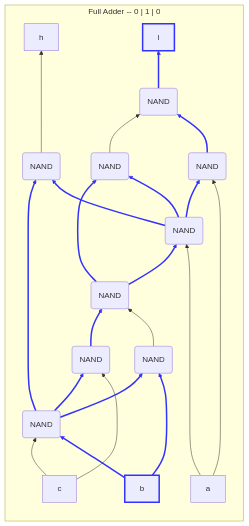
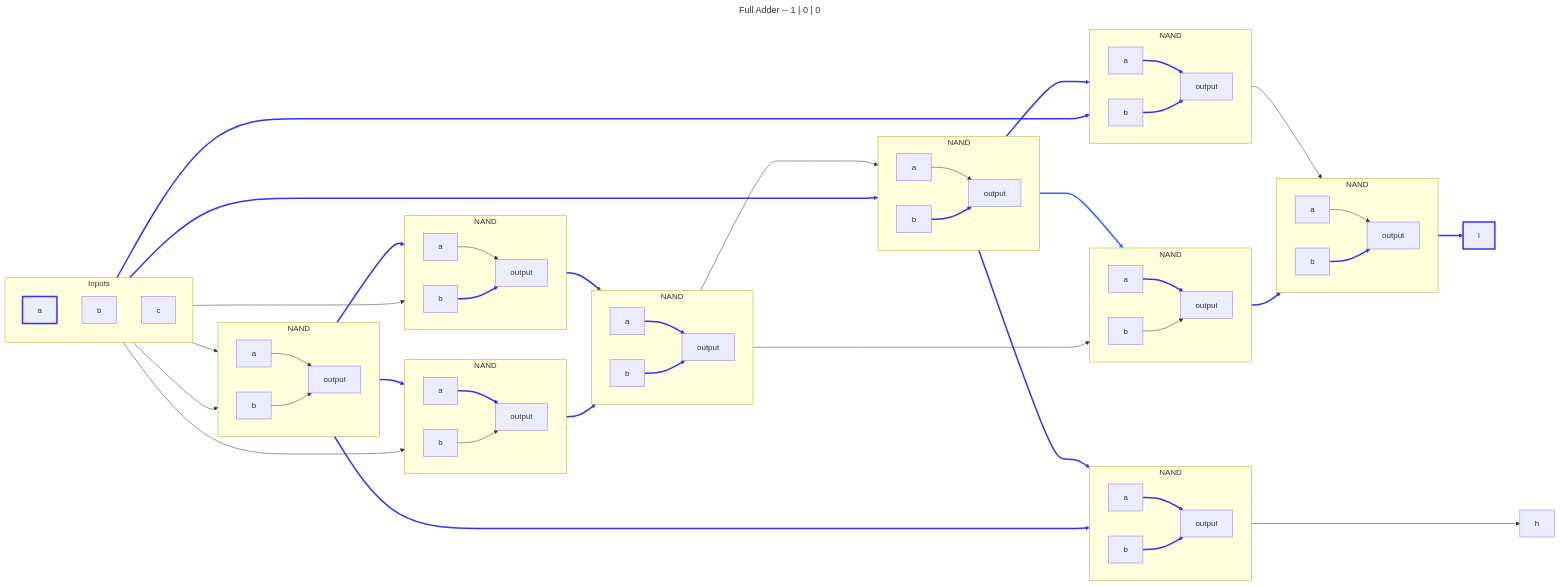
The second of 9 diagrams in arithmetic/full-adder.md (DaveyJH/nandgame), drawn with Mermaid before and after one commit. The commit also changed other lines of this file, not shown here.

Commit message:
feat: Update Full Adder to new style

````diff
--- a/arithmetic/full-adder.md
+++ b/arithmetic/full-adder.md
@@ -54,33 +117,95 @@
 ```mermaid
-flowchart BT
-subgraph "Full Adder -- 0 | 1 | 0"
-direction BT
+---
+title: Full Adder -- 1 | 0 | 0
+---
+flowchart LR;
 
-a[a]----->n1(NAND) & n2(NAND);
-b[b]:::ON-->n3(NAND) & n4(NAND);
-c[c]-->n4 & n5(NAND);
-n1-->n2 & n6(NAND) & n8(NAND);
-n2-->n9(NAND);
-n3-->n7(NAND);
-n4-->n3 & n6 & n5;
-n5-->n7;
-n6--->h[h];
-n7-->n8 & n1;
-n8-->n9;
-n9-->l[l]:::ON;
+subgraph n1 [NAND];
+  direction LR;
+  n1ina[a] & n1inb[b] --> n1o[output];
+end;
+
+subgraph n2 [NAND];
+  direction LR;
+  n2ina[a] & n2inb[b] --> n2o[output];
+end;
+
+subgraph n3 [NAND];
+  direction LR;
+  n3ina[a] & n3inb[b] --> n3o[output];
+end;
+
+subgraph n4 [NAND];
+  direction LR;
+  n4ina[a] & n4inb[b] --> n4o[output];
+end;
+
+subgraph n5 [NAND];
+  direction LR;
+  n5ina[a] & n5inb[b] --> n5o[output];
+end;
+
+subgraph n6 [NAND];
+  direction LR;
+  n6ina[a] & n6inb[b] --> n6o[output];
+end;
+
+subgraph n7 [NAND];
+  direction LR;
+  n7ina[a] & n7inb[b] --> n7o[output];
+end;
+
+subgraph n8 [NAND];
+  direction LR;
+  n8ina[a] & n8inb[b] --> n8o[output];
+end;
+
+subgraph n9 [NAND];
+  direction LR;
+  n9ina[a] & n9inb[b] --> n9o[output];
+end;
+
+subgraph inputs [Inputs];
+  direction TB;
+  a[a];
+  b[b];
+  c[c];
+end;
+
+a[a]:::ON ---------> n1inb & n2ina;
+b[b] --> n3ina & n4ina;
+c[c] --> n4inb & n5inb;
+n1o ---> n2inb & n6ina & n9ina;
+n2o --> n7ina;
+n3o --> n8ina;
+n4o --> n3inb & n5ina & n6inb;
+n5o --> n8inb;
+n6o ----> h[h];
+n7o --> l[l]:::ON;
+n8o --> n1ina & n9inb;
+n9o --> n7inb;
 classDef ON stroke:#33f,stroke-width:3px;
+linkStyle 1 stroke:#33f,stroke-width:3px;
 linkStyle 2 stroke:#33f,stroke-width:3px;
 linkStyle 3 stroke:#33f,stroke-width:3px;
-linkStyle 6 stroke:#33f,stroke-width:3px;
-linkStyle 7 stroke:#33f,stroke-width:3px;
+linkStyle 5 stroke:#33f,stroke-width:3px;
 linkStyle 8 stroke:#33f,stroke-width:3px;
-linkStyle 9 stroke:#33f,stroke-width:3px;
+linkStyle 10 stroke:#33f,stroke-width:3px;
 linkStyle 11 stroke:#33f,stroke-width:3px;
-linkStyle 12 stroke:#33f,stroke-width:3px;
 linkStyle 13 stroke:#33f,stroke-width:3px;
 linkStyle 14 stroke:#33f,stroke-width:3px;
+linkStyle 15 stroke:#33f,stroke-width:3px;
 linkStyle 16 stroke:#33f,stroke-width:3px;
-linkStyle 17 stroke:#33f,stroke-width:3px;
+linkStyle 18 stroke:#33f,stroke-width:3px;
 linkStyle 19 stroke:#33f,stroke-width:3px;
-end
+linkStyle 24 stroke:#33f,stroke-width:3px;
+linkStyle 25 stroke:#33f,stroke-width:3px;
+linkStyle 26 stroke:#36f,stroke-width:3px;
+linkStyle 28 stroke:#33f,stroke-width:3px;
+linkStyle 29 stroke:#33f,stroke-width:3px;
+linkStyle 30 stroke:#33f,stroke-width:3px;
+linkStyle 31 stroke:#33f,stroke-width:3px;
+linkStyle 32 stroke:#33f,stroke-width:3px;
+linkStyle 34 stroke:#33f,stroke-width:3px;
+linkStyle 37 stroke:#33f,stroke-width:3px;
 ```
````
